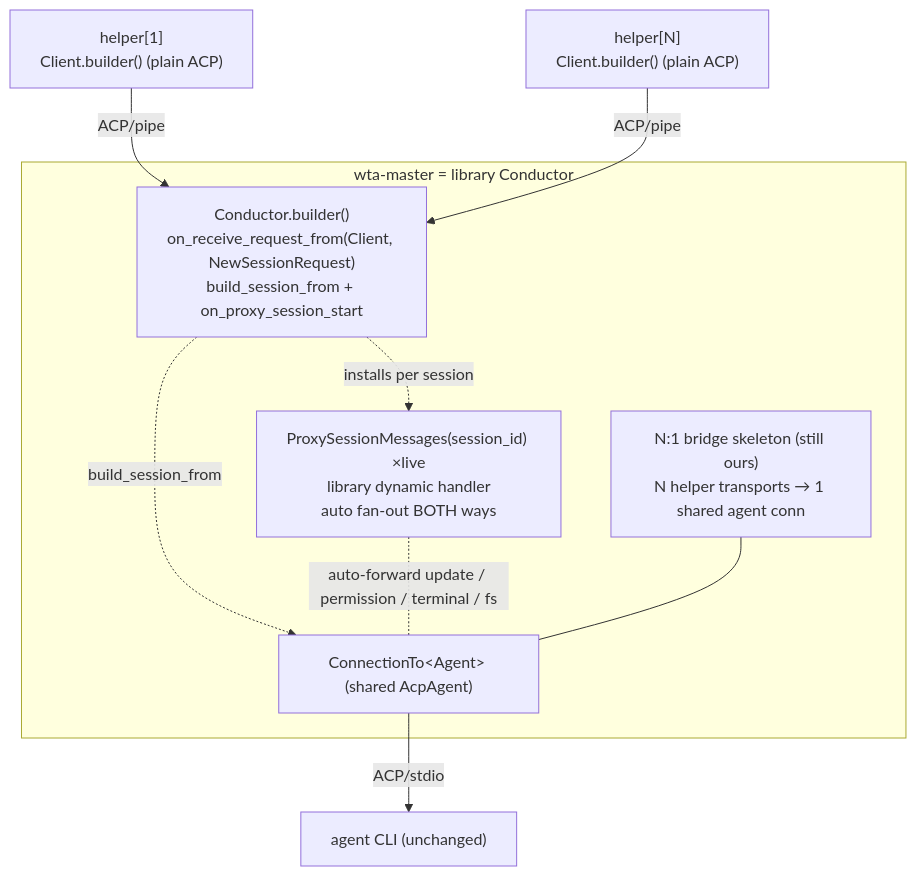
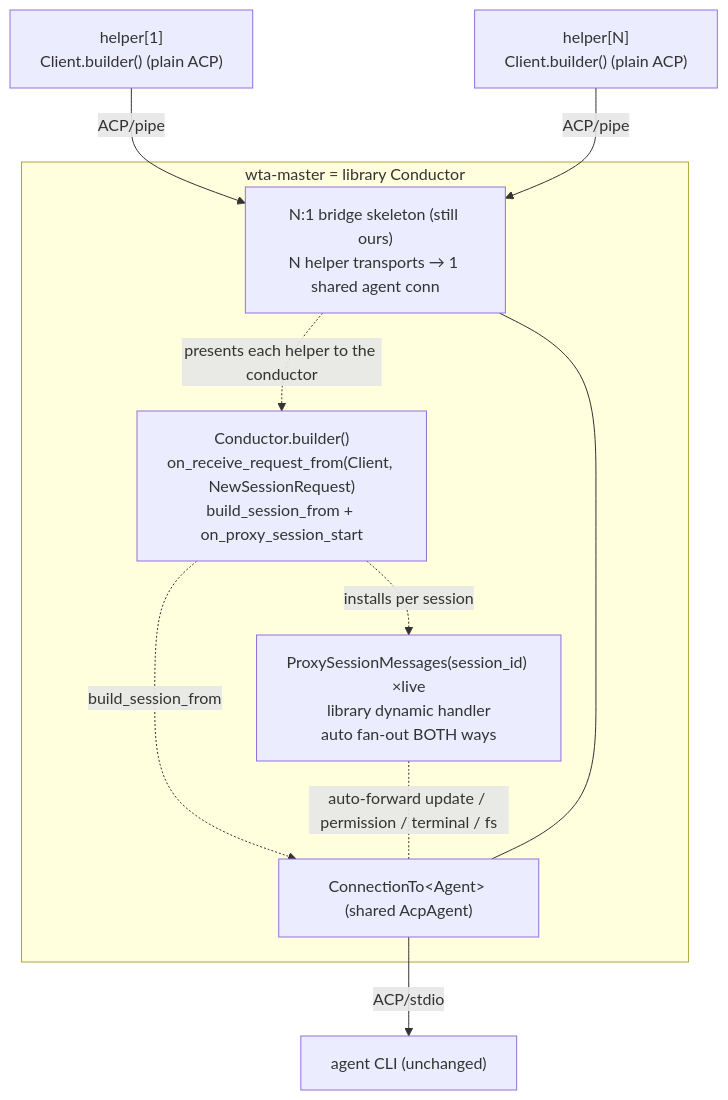
The third of 5 diagrams in doc/specs/acp-1.0-conductor-migration.md (microsoft/intelligent-terminal), drawn with Mermaid before and after one commit. The commit also changed other lines of this file, not shown here.

````diff
--- a/doc/specs/acp-1.0-conductor-migration.md
+++ b/doc/specs/acp-1.0-conductor-migration.md
@@ -548,22 +551,23 @@
 ```mermaid
 flowchart TB
     H1["helper[1]<br/>Client.builder() (plain ACP)"]
     Hn["helper[N]<br/>Client.builder() (plain ACP)"]
 
     subgraph master["wta-master = library Conductor"]
         CB["Conductor.builder()<br/>on_receive_request_from(Client, NewSessionRequest)<br/>build_session_from + on_proxy_session_start"]
         PSM["ProxySessionMessages(session_id) ×live<br/>library dynamic handler<br/>auto fan-out BOTH ways"]
         BR["N:1 bridge skeleton (still ours)<br/>N helper transports → 1 shared agent conn"]
         AC["ConnectionTo&lt;Agent&gt; (shared AcpAgent)"]
     end
 
     CLI["agent CLI (unchanged)"]
 
-    H1 -->|"ACP/pipe"| CB
-    Hn -->|"ACP/pipe"| CB
+    H1 -->|"ACP/pipe"| BR
+    Hn -->|"ACP/pipe"| BR
+    BR -.->|"presents each helper to the conductor"| CB
     CB -.->|"build_session_from"| AC
     CB -.->|"installs per session"| PSM
     PSM -.-|"auto-forward update / permission / terminal / fs"| AC
     BR --- AC
     AC -->|"ACP/stdio"| CLI
 ```
````
